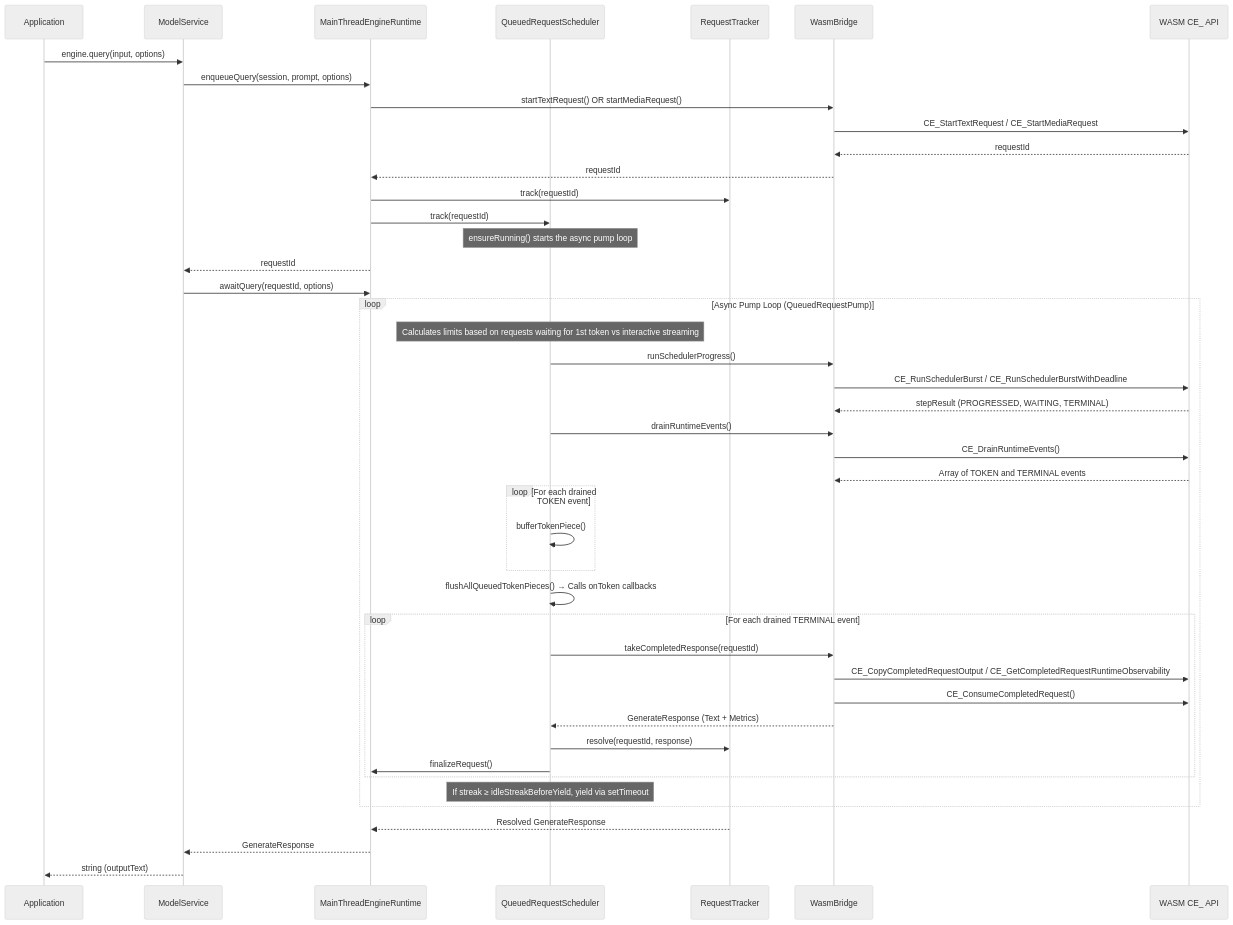
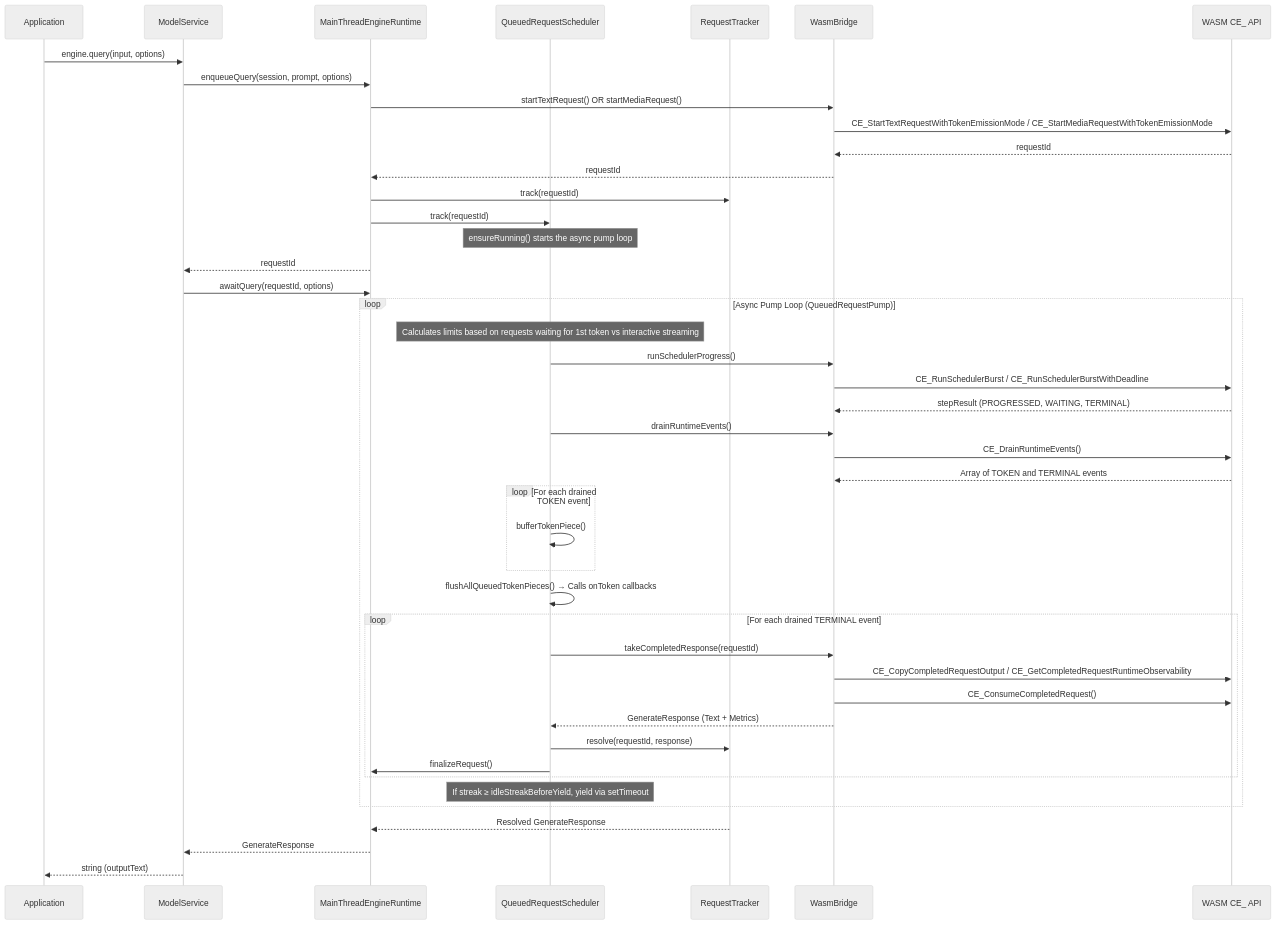
The third of 6 diagrams in packages/cogent-engine/docs/inference_system_design.md (noumena-labs/Sipp), drawn with Mermaid (neutral theme) before and after one commit. The commit also changed other lines of this file and 19 other files, not shown here.

````diff
--- a/packages/cogent-engine/docs/inference_system_design.md
+++ b/packages/cogent-engine/docs/inference_system_design.md
@@ -132,58 +132,58 @@
 ```mermaid
 sequenceDiagram
     participant App as Application
     participant MS as ModelService
     participant RT as MainThreadEngineRuntime
     participant Sched as QueuedRequestScheduler
     participant Tracker as RequestTracker
     participant Bridge as WasmBridge
     participant Wasm as WASM CE_ API
 
     App->>MS: engine.query(input, options)
     MS->>RT: enqueueQuery(session, prompt, options)
     
     RT->>Bridge: startTextRequest() OR startMediaRequest()
-    Bridge->>Wasm: CE_StartTextRequest / CE_StartMediaRequest
+    Bridge->>Wasm: CE_StartTextRequestWithTokenEmissionMode / CE_StartMediaRequestWithTokenEmissionMode
     Wasm-->>Bridge: requestId
     Bridge-->>RT: requestId
 
     RT->>Tracker: track(requestId)
     RT->>Sched: track(requestId)
     Note over Sched: ensureRunning() starts the async pump loop
     
     RT-->>MS: requestId
     MS->>RT: awaitQuery(requestId, options)
     
     loop Async Pump Loop (QueuedRequestPump)
         Note over Sched: Calculates limits based on requests waiting for 1st token vs interactive streaming
 
         Sched->>Bridge: runSchedulerProgress()
         Bridge->>Wasm: CE_RunSchedulerBurst / CE_RunSchedulerBurstWithDeadline
         Wasm-->>Bridge: stepResult (PROGRESSED, WAITING, TERMINAL)
 
         Sched->>Bridge: drainRuntimeEvents()
         Bridge->>Wasm: CE_DrainRuntimeEvents()
         Wasm-->>Bridge: Array of TOKEN and TERMINAL events
 
         loop For each drained TOKEN event
             Sched->>Sched: bufferTokenPiece()
         end
         
         Sched->>Sched: flushAllQueuedTokenPieces() → Calls onToken callbacks
 
         loop For each drained TERMINAL event
             Sched->>Bridge: takeCompletedResponse(requestId)
             Bridge->>Wasm: CE_CopyCompletedRequestOutput / CE_GetCompletedRequestRuntimeObservability
             Bridge->>Wasm: CE_ConsumeCompletedRequest()
             Bridge-->>Sched: GenerateResponse (Text + Metrics)
             Sched->>Tracker: resolve(requestId, response)
             Sched->>RT: finalizeRequest()
         end
         
         Note over Sched: If streak ≥ idleStreakBeforeYield, yield via setTimeout
     end
     
     Tracker-->>RT: Resolved GenerateResponse
     RT-->>MS: GenerateResponse
     MS-->>App: string (outputText)
 ```
````
